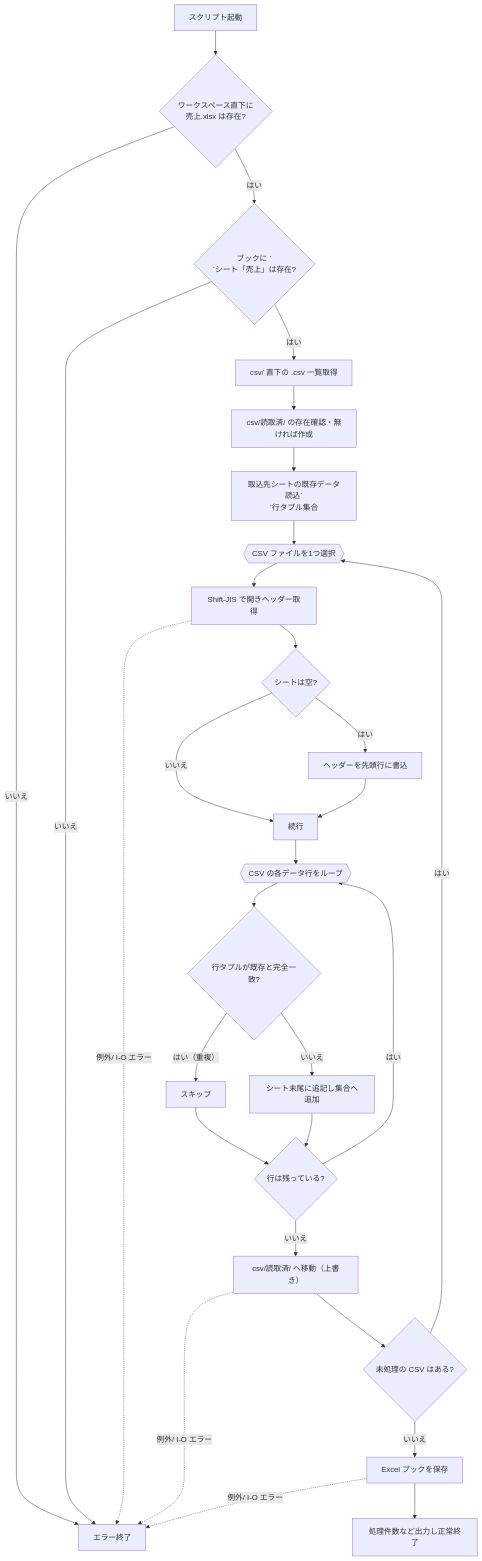
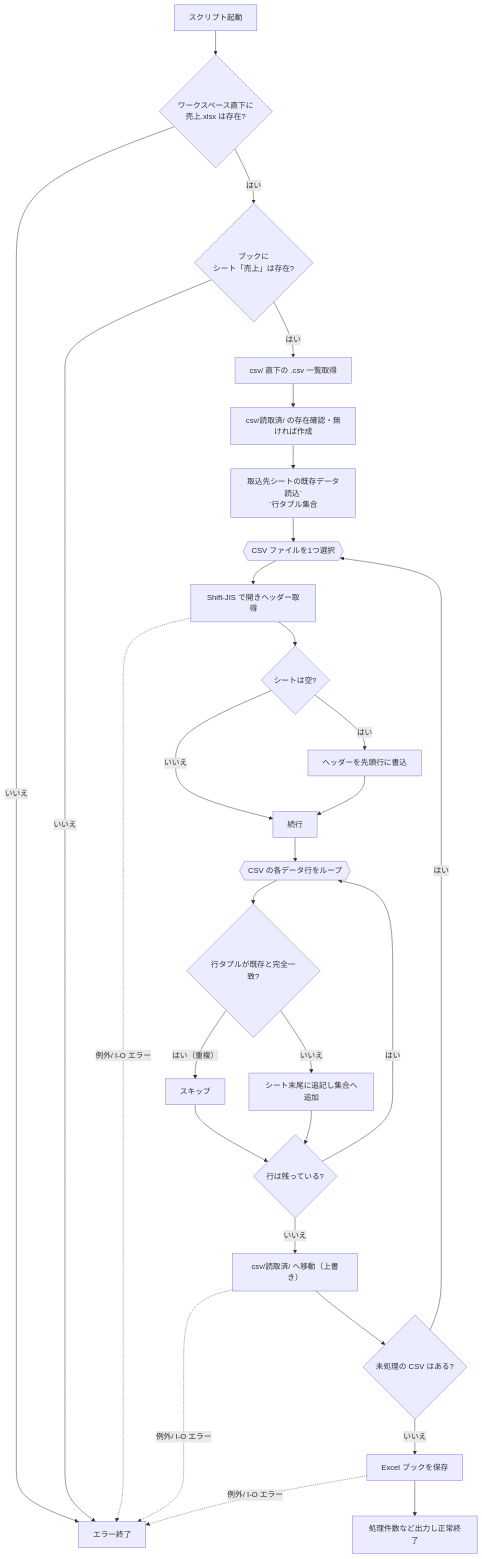
The diagram in todo.md (ykominami/cursor_excel_py), drawn with Mermaid before and after one commit.

````diff
--- a/todo.md
+++ b/todo.md
@@ -34,37 +34,37 @@
 ```mermaid
 
 flowchart TD
 A[スクリプト起動] --> B{ワークスペース直下に <br/>売上.xlsx は存在?}
 B -- いいえ --> E[エラー終了]
-B -- はい --> C{ブックに `<br/>`シート「売上」は存在?}
+B -- はい --> C{ブックに <br/>シート「売上」は存在?}
 C -- いいえ --> E
 C -- はい --> D[ csv/ 直下の .csv 一覧取得]
 D --> F[ csv/読取済/ の存在確認・無ければ作成]
 
 F --> G[ 取込先シートの既存データ読込`<br/>`行タプル集合]
 
 G --> H{{CSV ファイルを1つ選択}}
 H --> I[Shift-JIS で開きヘッダー取得]
 I --> J{シートは空?}
 J -- はい --> K[ヘッダーを先頭行に書込]
 J -- いいえ --> L[続行]
 K --> L
 L --> M{{CSV の各データ行をループ}}
 M --> N{行タプルが既存と完全一致?}
 N -- はい（重複） --> O[スキップ]
 N -- いいえ --> P[シート末尾に追記し集合へ追加]
 O --> Q{行は残っている?}
 P --> Q
 Q -- はい --> M
 Q -- いいえ --> S[csv/読取済/ へ移動（上書き）]
 S --> T{未処理の CSV はある?}
 T -- はい --> H
 T -- いいえ --> U[Excel ブックを保存]
 U --> V[処理件数など出力し正常終了]
 
     %% 例外・I/O エラーは任意地点からエラー終了へ
     I -. 例外/ I-O エラー .-> E
     S -. 例外/ I-O エラー .-> E
     U -. 例外/ I-O エラー .-> E
 
 ```
````
